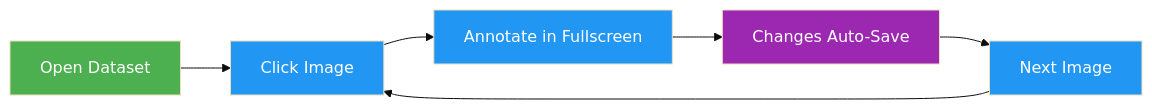
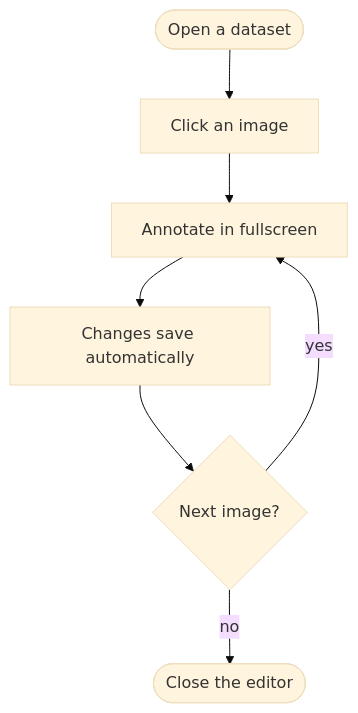
The second of 3 diagrams in docs/en/platform/data/annotation.md (ultralytics/ultralytics), drawn with Mermaid (base theme) before and after one commit. The commit also changed other lines of this file and 20 other files, not shown here.

Commit message:
Migrate docs Mermaid diagrams to the unified design system (#26573)

````diff
--- a/docs/en/platform/data/annotation.md
+++ b/docs/en/platform/data/annotation.md
@@ -115,12 +108,9 @@
 ```mermaid
-graph LR
-    A[Open Dataset]:::start --> B[Click Image]:::proc
-    B --> C[Annotate in Fullscreen]:::proc
-    C --> D[Changes Auto-Save]:::out
-    D --> E[Next Image]:::proc
-    E --> B
-
-    classDef start fill:#4CAF50,color:#fff
-    classDef proc fill:#2196F3,color:#fff
-    classDef out fill:#9C27B0,color:#fff
+flowchart TD
+    A([Open a dataset]) --> B[Click an image]
+    B --> C[Annotate in fullscreen]
+    C --> D[Changes save automatically]
+    D --> E{Next image?}
+    E -->|yes| C
+    E -->|no| F([Close the editor])
 ```
````
